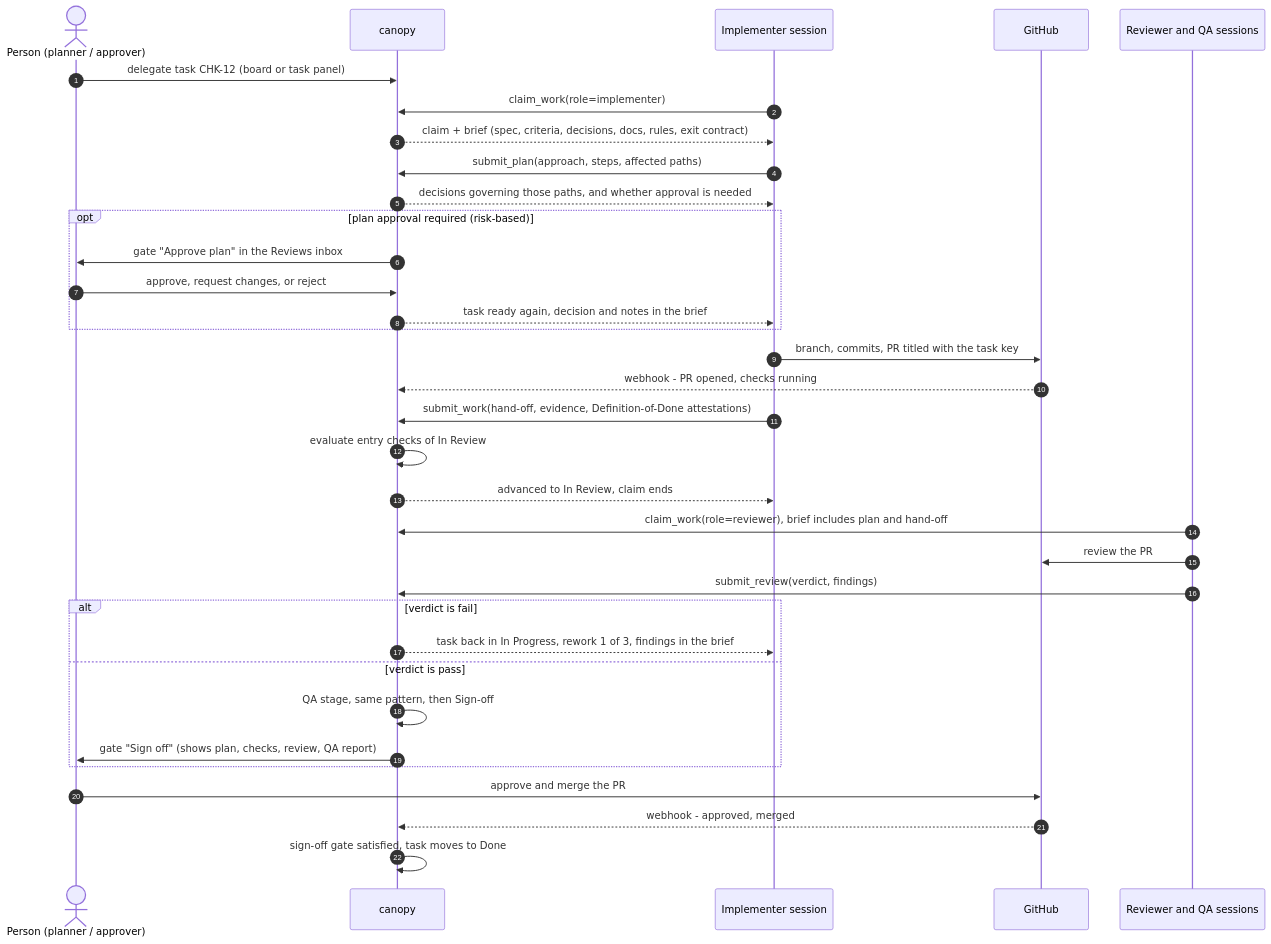
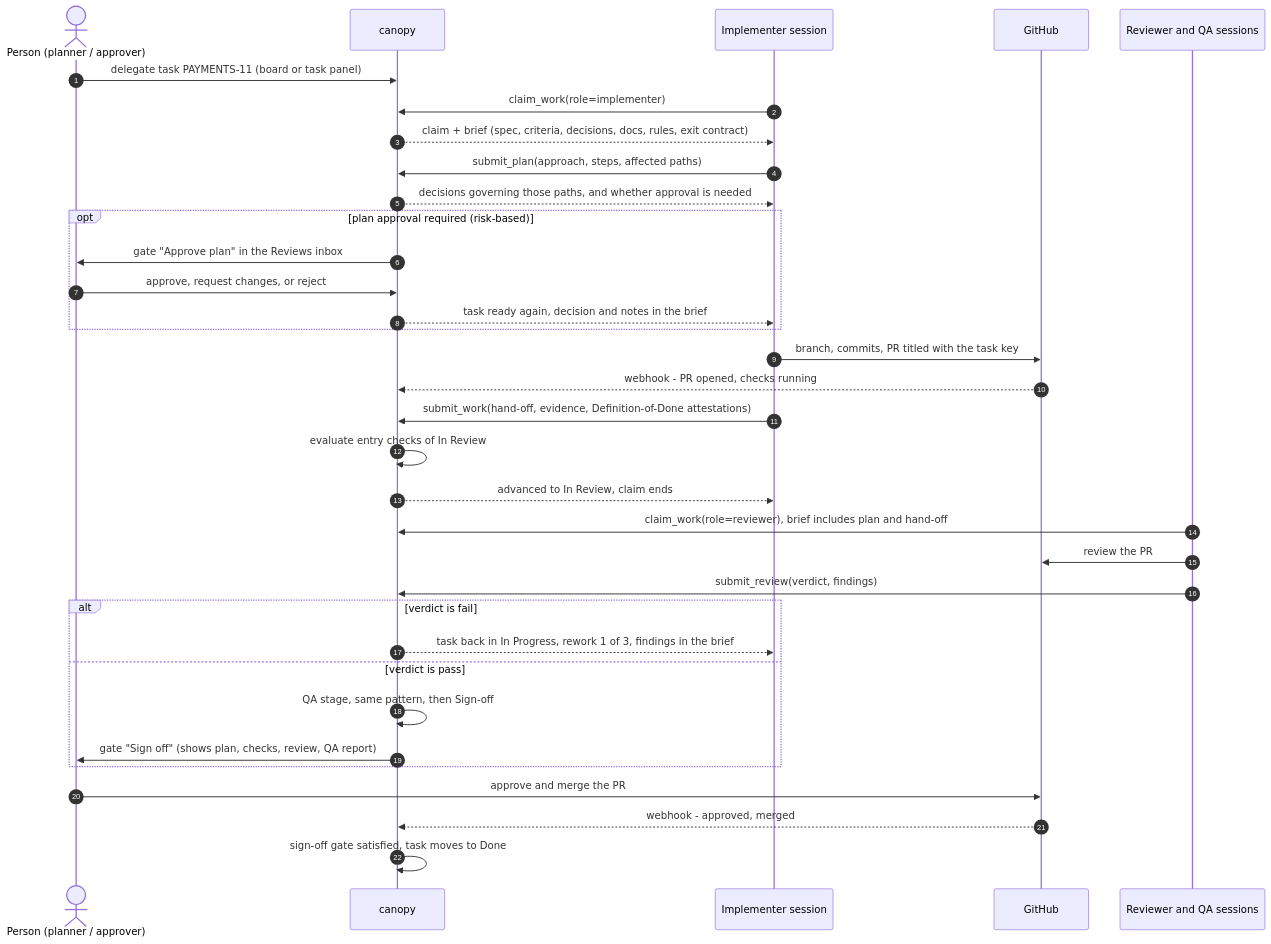
The first of 4 diagrams in docs/AGENT_EXECUTION.md (harshendu/canopy), drawn with Mermaid before and after one commit. The commit also changed other lines of this file and 1 other file, not shown here.

````diff
--- a/docs/AGENT_EXECUTION.md
+++ b/docs/AGENT_EXECUTION.md
@@ -347,36 +356,36 @@
 ```mermaid
 sequenceDiagram
     autonumber
     actor H as Person (planner / approver)
     participant C as canopy
     participant A as Implementer session
     participant G as GitHub
     participant R as Reviewer and QA sessions
-    H->>C: delegate task CHK-12 (board or task panel)
+    H->>C: delegate task PAYMENTS-11 (board or task panel)
     A->>C: claim_work(role=implementer)
     C-->>A: claim + brief (spec, criteria, decisions, docs, rules, exit contract)
     A->>C: submit_plan(approach, steps, affected paths)
     C-->>A: decisions governing those paths, and whether approval is needed
     opt plan approval required (risk-based)
         C->>H: gate "Approve plan" in the Reviews inbox
         H->>C: approve, request changes, or reject
         C-->>A: task ready again, decision and notes in the brief
     end
     A->>G: branch, commits, PR titled with the task key
     G-->>C: webhook - PR opened, checks running
     A->>C: submit_work(hand-off, evidence, Definition-of-Done attestations)
     C->>C: evaluate entry checks of In Review
     C-->>A: advanced to In Review, claim ends
     R->>C: claim_work(role=reviewer), brief includes plan and hand-off
     R->>G: review the PR
     R->>C: submit_review(verdict, findings)
     alt verdict is fail
         C-->>A: task back in In Progress, rework 1 of 3, findings in the brief
     else verdict is pass
         C->>C: QA stage, same pattern, then Sign-off
         C->>H: gate "Sign off" (shows plan, checks, review, QA report)
     end
     H->>G: approve and merge the PR
     G-->>C: webhook - approved, merged
     C->>C: sign-off gate satisfied, task moves to Done
 ```
````
